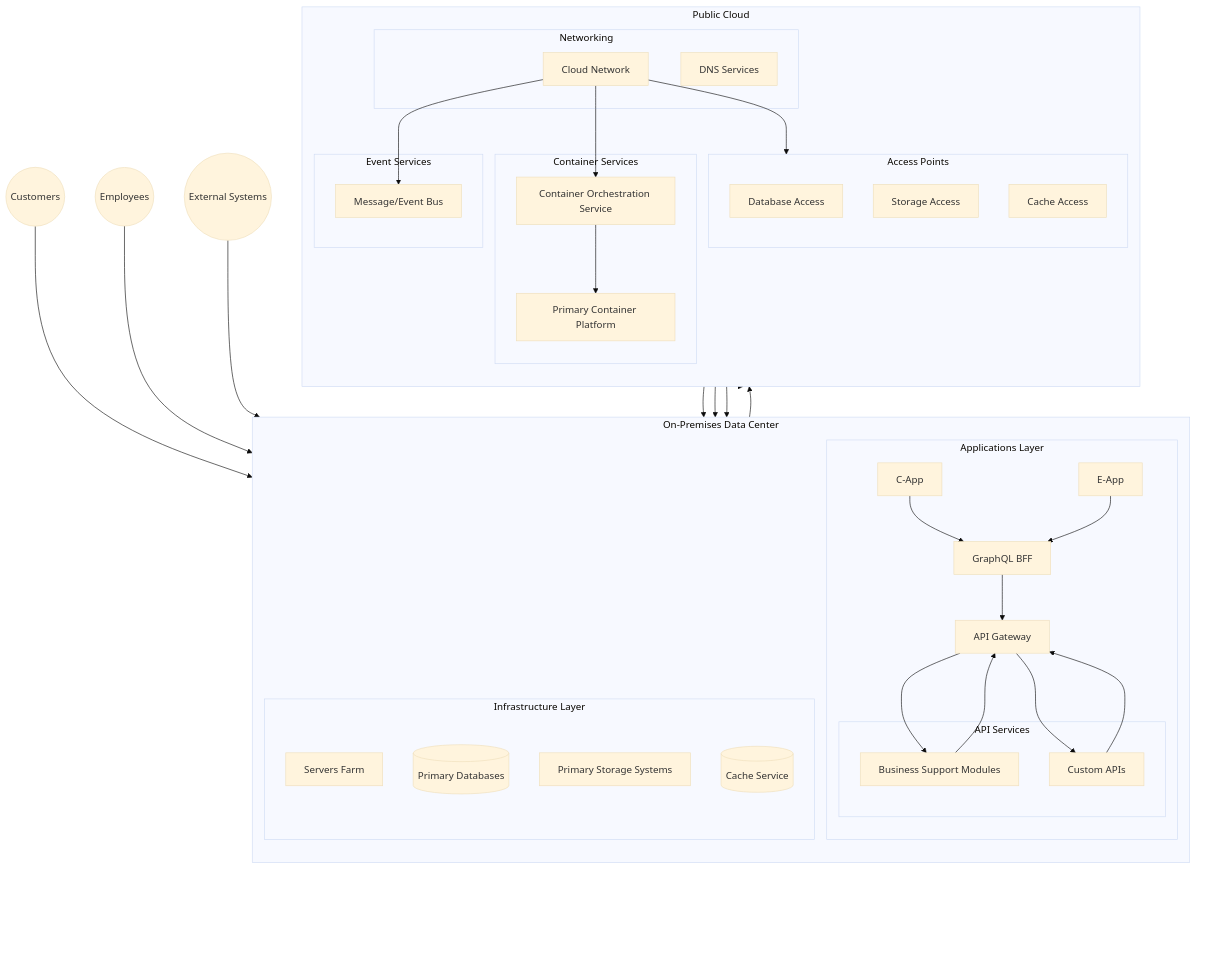
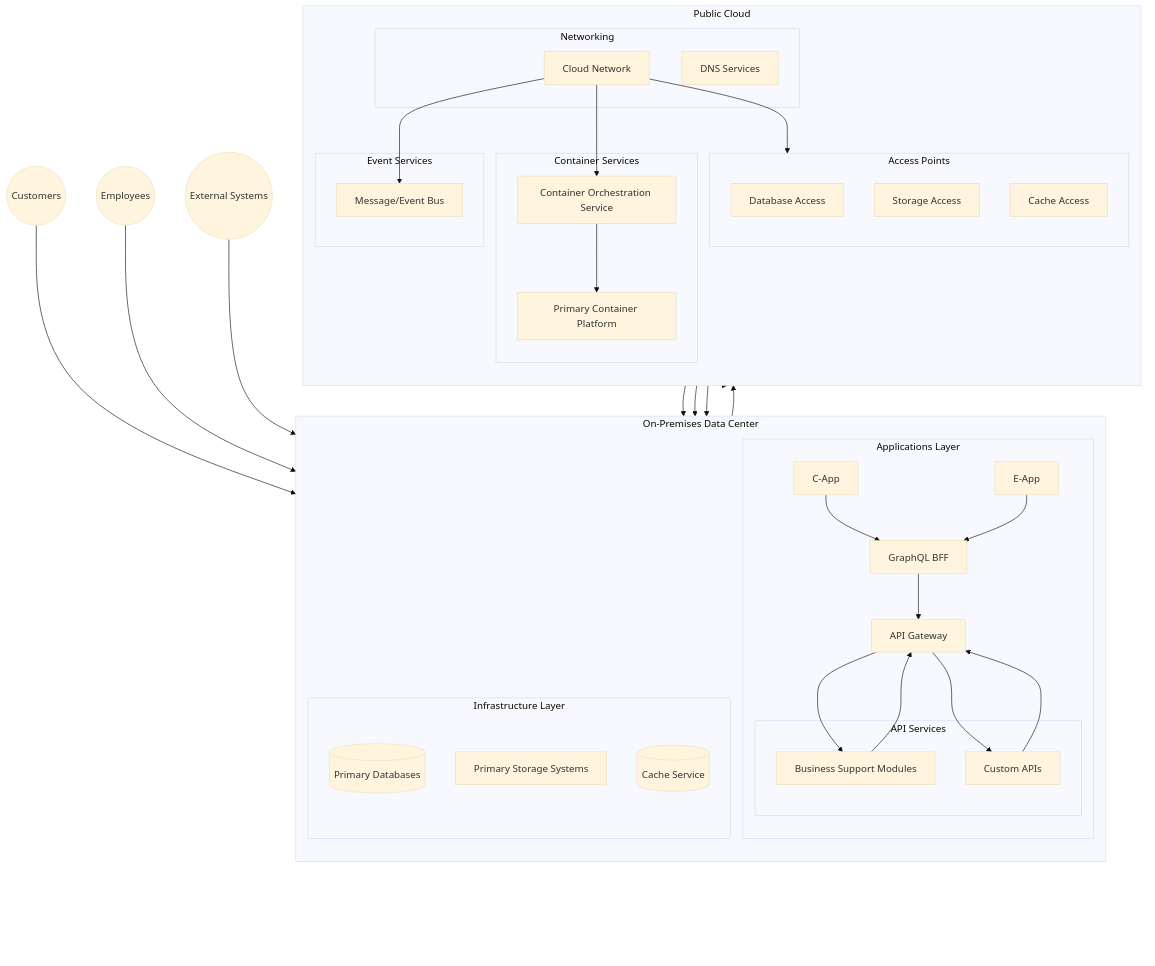
The diagram in Generic-HybridCloud.md (henryrestive/infra-docs), drawn with Mermaid (base theme) before and after one commit. The commit also changed 2 other files, not shown here.

Commit message:
Enhance the view of the diagram

```diff
--- a/Generic-HybridCloud.md
+++ b/Generic-HybridCloud.md
@@ -24,7 +24,6 @@
         end
         
         subgraph Infrastructure[Infrastructure Layer]
-            ServersFarm[Servers Farm]
             PrimaryDB[(Primary Databases)]
             PrimaryStorage[Primary Storage Systems]
             CacheService[(Cache Service)]
```
